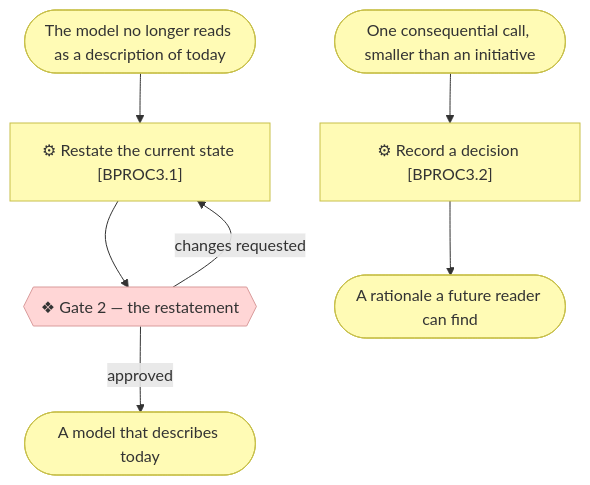
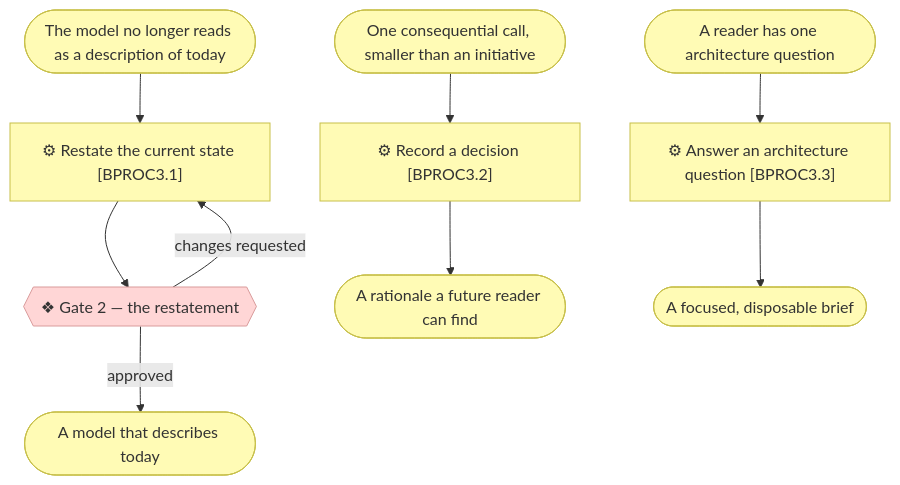
The fourth of 5 diagrams in docs/process/1_level-1-macro-processes.md (roanboc/archreator), drawn with Mermaid before and after one commit. The commit also changed other lines of this file and 12 other files, not shown here.

Commit message:
feat: add focus-guided architecture briefs

````diff
--- a/docs/process/1_level-1-macro-processes.md
+++ b/docs/process/1_level-1-macro-processes.md
@@ -137,19 +138,23 @@
 ```mermaid
 flowchart TD
   drift(["The model no longer reads as a description of today"])
   onecall(["One consequential call, smaller than an initiative"])
+  question(["A reader has one architecture question"])
   p31["⚙ Restate the current state [BPROC3.1]"]
   g2b{{"❖ Gate 2 — the restatement"}}
   p32["⚙ Record a decision [BPROC3.2]"]
+  p33["⚙ Answer an architecture question [BPROC3.3]"]
   back(["A model that describes today"])
   rec(["A rationale a future reader can find"])
+  brief(["A focused, disposable brief"])
 
   drift --> p31 --> g2b -->|approved| back
   g2b -->|changes requested| p31
   onecall --> p32 --> rec
+  question --> p33 --> brief
 
   classDef business fill:#fffbb5,stroke:#c8c04a,color:#333
   classDef implementation fill:#ffd6d6,stroke:#d99b9b,color:#333
-  class p31,p32,drift,onecall,back,rec business
+  class p31,p32,p33,drift,onecall,question,back,rec,brief business
   class g2b implementation
 ```
````
